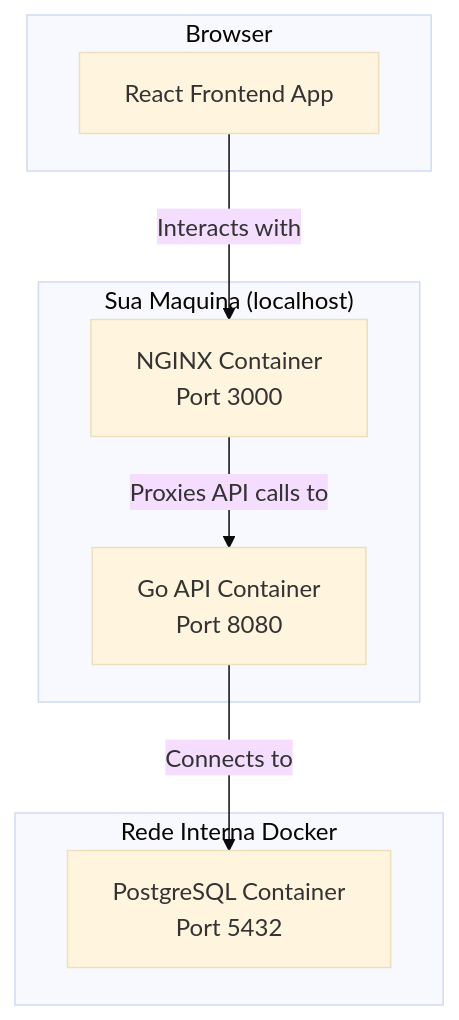
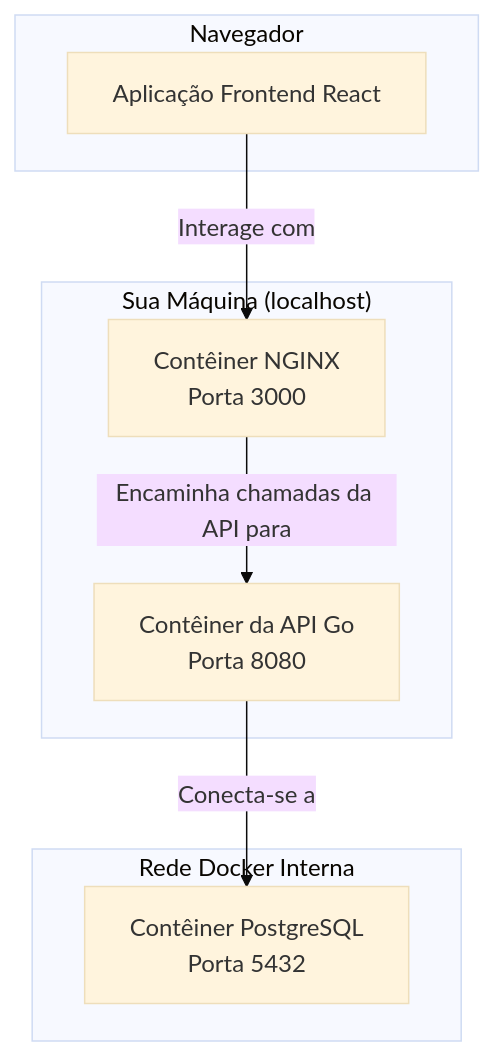
Before and after one commit to Maria-Leiliane/go-ecommerce-base: the diagram in README.pt-br.md, drawn with Mermaid (base theme). The commit also changed other lines of this file, not shown here.

````diff
--- a/README.pt-br.md
+++ b/README.pt-br.md
@@ -32,19 +31,19 @@
 ```mermaid
 graph TD
-    subgraph Browser
-        A[React Frontend App]
+    subgraph Navegador
+        A[Aplicação Frontend React]
     end
 
-    subgraph "Sua Maquina (localhost)"
-        B[NGINX Container <br> Port 3000]
-        C[Go API Container <br> Port 8080]
+    subgraph "Sua Máquina (localhost)"
+        B[Contêiner NGINX <br> Porta 3000]
+        C[Contêiner da API Go <br> Porta 8080]
     end
 
-    subgraph "Rede Interna Docker"
-        D[PostgreSQL Container <br> Port 5432]
+    subgraph "Rede Docker Interna"
+        D[Contêiner PostgreSQL <br> Porta 5432]
     end
     
-    A -- Interacts with --> B;
-    B -- Proxies API calls to --> C;
-    C -- Connects to --> D;
+    A -- Interage com --> B;
+    B -- Encaminha chamadas da API para --> C;
+    C -- Conecta-se a --> D;
 ```
````
